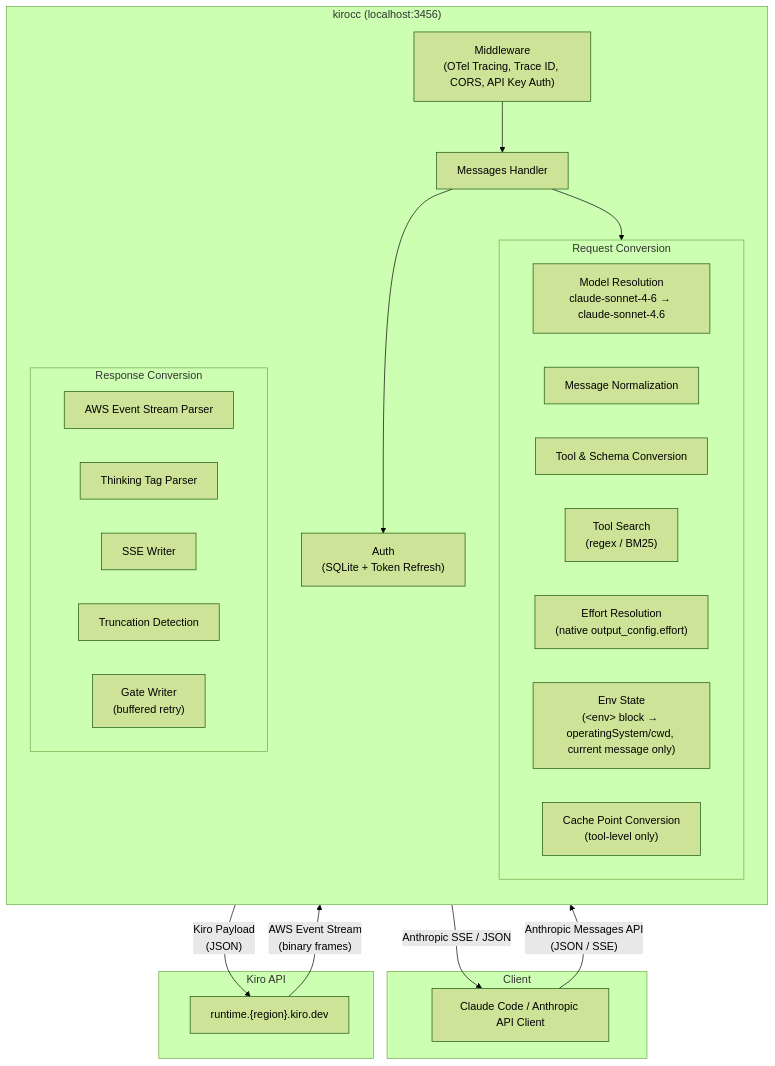
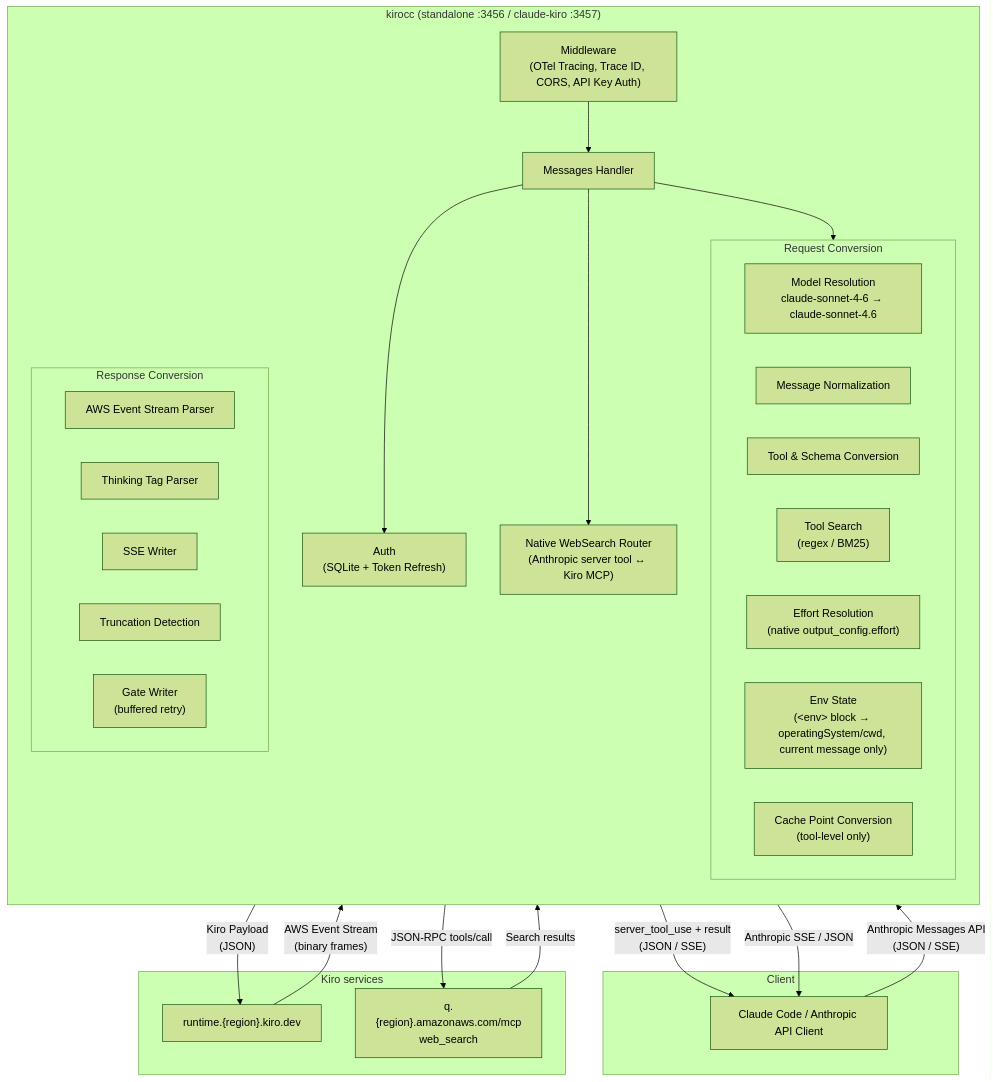
The second of 2 diagrams in README.md (itututu/clawgod-kirocc), drawn with Mermaid (forest theme) before and after one commit. The commit also changed other lines of this file and 1 other file, not shown here.

````diff
--- a/README.md
+++ b/README.md
@@ -297,45 +415,51 @@
 ```mermaid
 flowchart TB
     subgraph Client
         CC["Claude Code / Anthropic API Client"]
     end
 
-    subgraph kirocc ["kirocc (localhost:3456)"]
+    subgraph kirocc ["kirocc (standalone :3456 / claude-kiro :3457)"]
         direction TB
         MW["Middleware<br/>(OTel Tracing, Trace ID, CORS, API Key Auth)"]
         Handler["Messages Handler"]
         Auth["Auth<br/>(SQLite + Token Refresh)"]
+        WebSearchRoute["Native WebSearch Router<br/>(Anthropic server tool ↔ Kiro MCP)"]
 
         subgraph reqconv ["Request Conversion"]
             direction LR
             ModelResolve["Model Resolution<br/>claude-sonnet-4-6 → claude-sonnet-4.6"]
             MsgNorm["Message Normalization"]
             ToolConv["Tool & Schema Conversion"]
             ToolSearch["Tool Search<br/>(regex / BM25)"]
             EffortResolve["Effort Resolution<br/>(native output_config.effort)"]
             EnvState["Env State<br/>(&lt;env&gt; block → operatingSystem/cwd, current message only)"]
             CacheConv["Cache Point Conversion<br/>(tool-level only)"]
         end
 
         subgraph respconv ["Response Conversion"]
             direction LR
             EventParse["AWS Event Stream Parser"]
             ThinkingParse["Thinking Tag Parser"]
             SSEWrite["SSE Writer"]
             TruncDetect["Truncation Detection"]
             GateWrite["Gate Writer<br/>(buffered retry)"]
         end
     end
 
-    subgraph Kiro ["Kiro API"]
+    subgraph Kiro ["Kiro services"]
         KiroAPI["runtime.{region}.kiro.dev"]
+        KiroSearch["q.{region}.amazonaws.com/mcp<br/>web_search"]
     end
 
     CC -- "Anthropic Messages API<br/>(JSON / SSE)" --> MW
     MW --> Handler
     Handler --> Auth
     Handler --> reqconv
+    Handler --> WebSearchRoute
     reqconv -- "Kiro Payload<br/>(JSON)" --> KiroAPI
     KiroAPI -- "AWS Event Stream<br/>(binary frames)" --> respconv
+    WebSearchRoute -- "JSON-RPC tools/call" --> KiroSearch
+    KiroSearch -- "Search results" --> WebSearchRoute
+    WebSearchRoute -- "server_tool_use + result<br/>(JSON / SSE)" --> CC
     respconv -- "Anthropic SSE / JSON" --> CC
 ```
````
